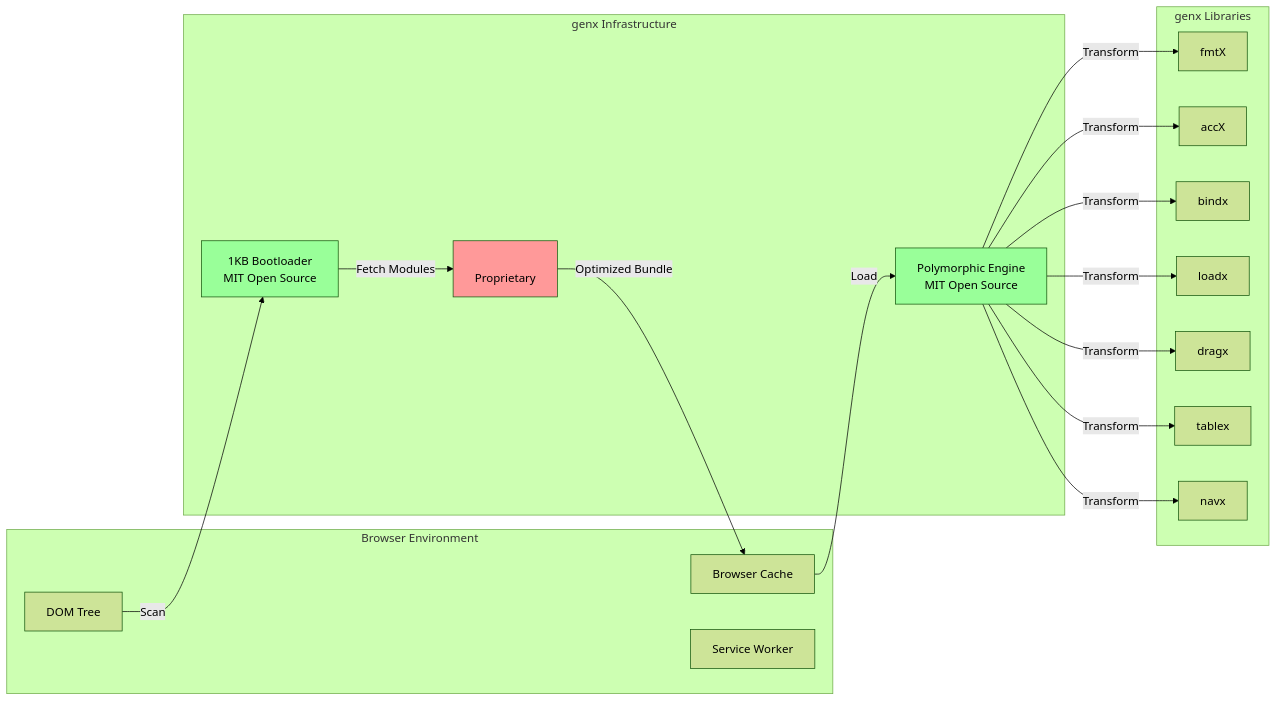
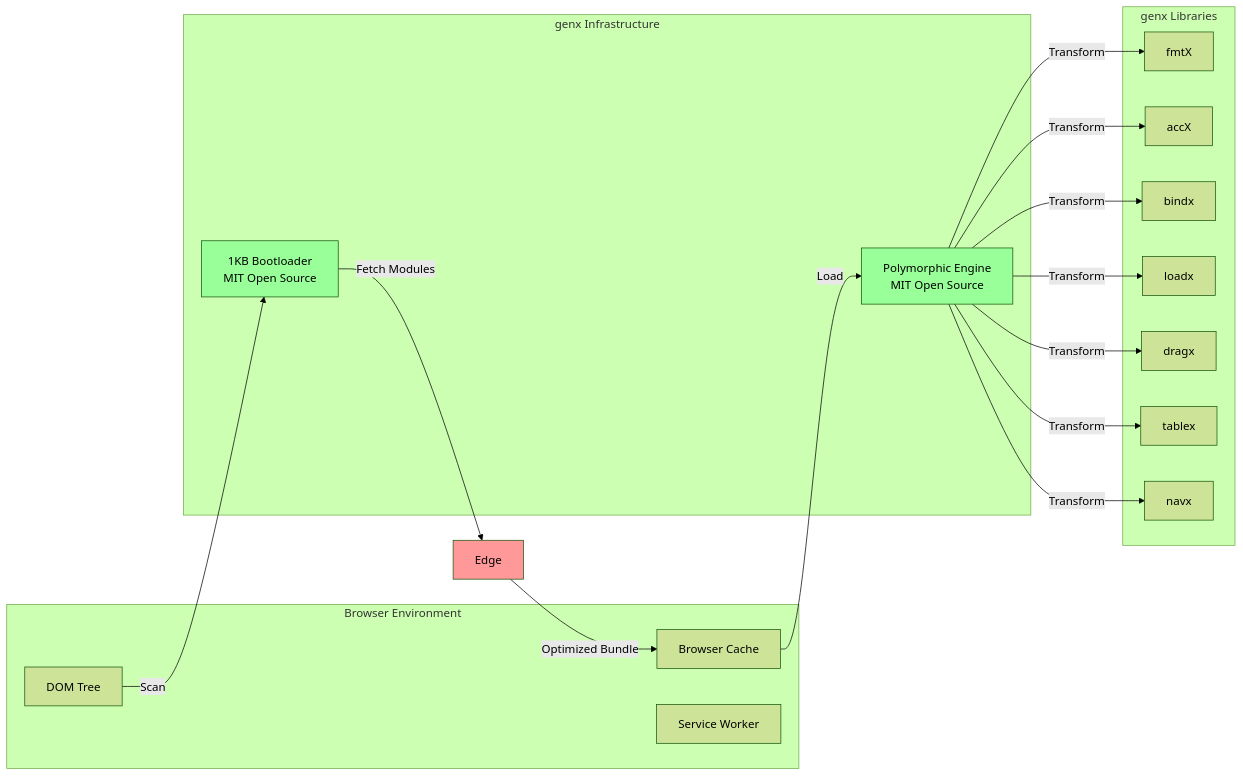
One commit to adamzwasserman/genX changed the second of 10 diagrams in docs/architecture/genx-common-infrastructure-architecture-v1.0.md. Above: the diagram before and after it, drawn with Mermaid (forest theme). The commit also changed other lines of this file and 26 other files, not shown here.

````diff
--- a/docs/architecture/genx-common-infrastructure-architecture-v1.0.md
+++ b/docs/architecture/genx-common-infrastructure-architecture-v1.0.md
@@ -105,40 +102,39 @@
 ```mermaid
 graph LR
     subgraph "Browser Environment"
         DOM[DOM Tree]
         Cache[Browser Cache]
         SW[Service Worker]
     end
     
     subgraph "genx Infrastructure"
         Boot[1KB Bootloader<br/>MIT Open Source]
         Engine[Polymorphic Engine<br/>MIT Open Source]
-        Edge[<br/>Proprietary]
     end
     
     subgraph "genx Libraries"
         FMT[fmtX]
         ACC[accX]
         BIND[bindx]
         LOAD[loadx]
         DRAG[dragx]
         TABLE[tablex]
         NAV[navx]
     end
     
     DOM -->|Scan| Boot
     Boot -->|Fetch Modules| Edge
     Edge -->|Optimized Bundle| Cache
     Cache -->|Load| Engine
     Engine -->|Transform| FMT
     Engine -->|Transform| ACC
     Engine -->|Transform| BIND
     Engine -->|Transform| LOAD
     Engine -->|Transform| DRAG
     Engine -->|Transform| TABLE
     Engine -->|Transform| NAV
     
     style Boot fill:#9f9
     style Engine fill:#9f9
     style Edge fill:#f99
 ```
````
